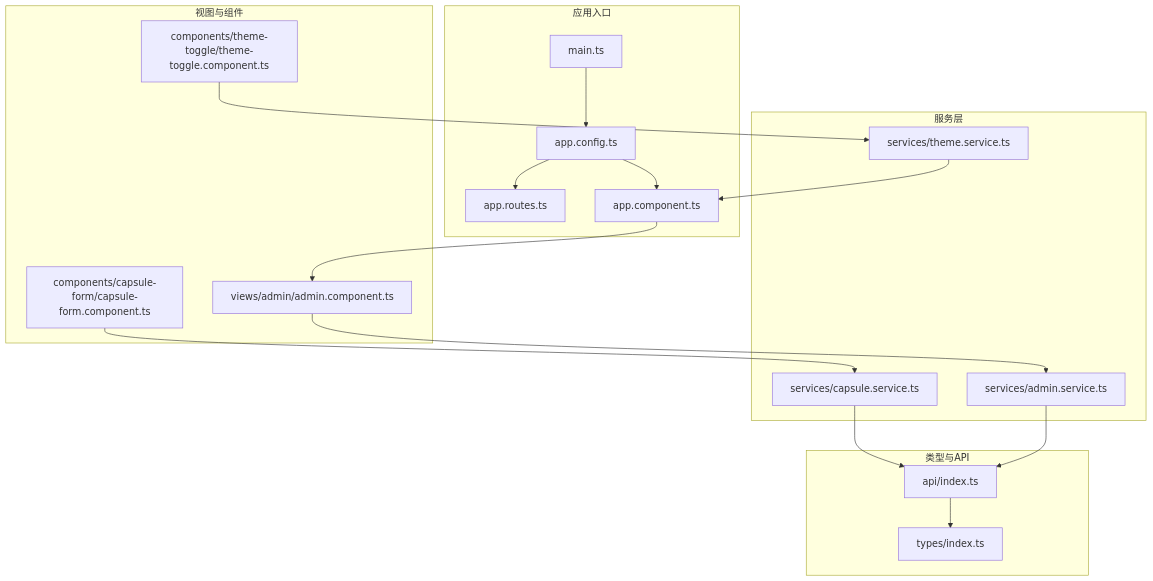
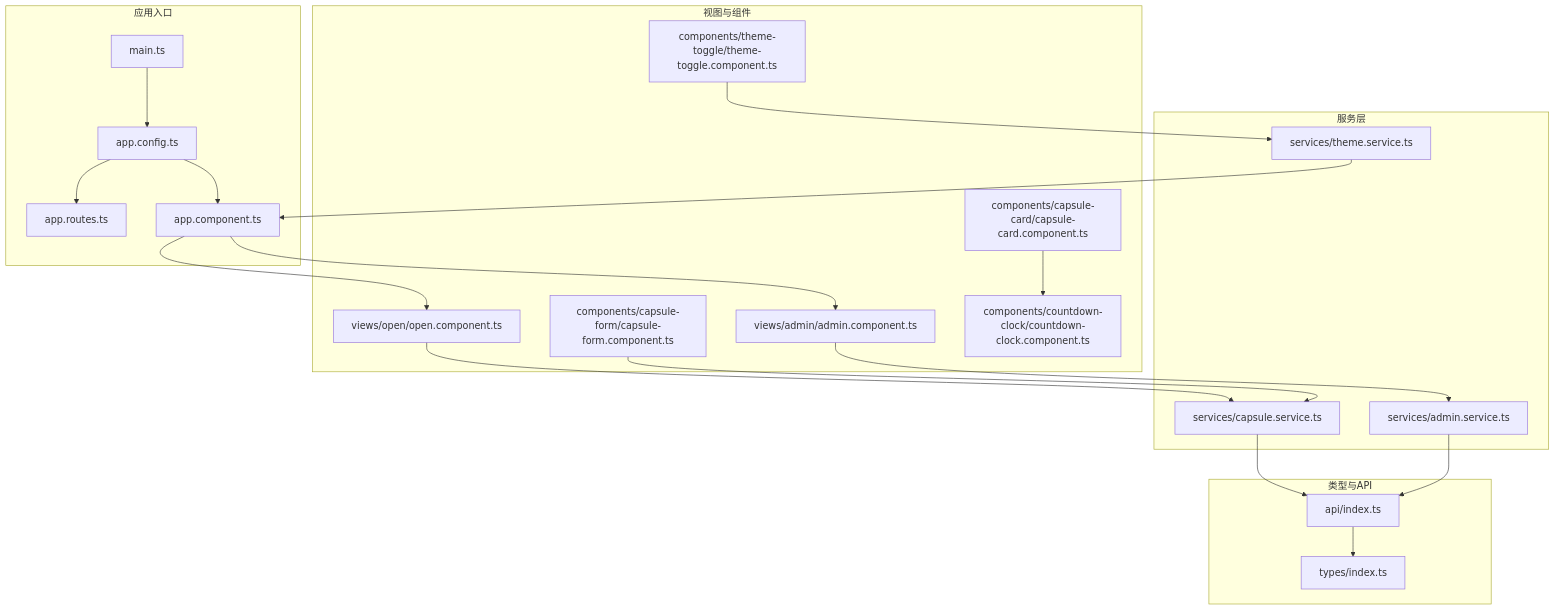
Before and after one commit to alexy2008/TimeCapsule: the first of 9 diagrams in .qoder/repowiki/zh/content/前端实现详解/Angular 实现/Angular 实现.md, drawn with Mermaid. The commit also changed other lines of this file and 22 other files, not shown here.

````diff
--- a/.qoder/repowiki/zh/content/前端实现详解/Angular 实现/Angular 实现.md
+++ b/.qoder/repowiki/zh/content/前端实现详解/Angular 实现/Angular 实现.md
@@ -39,34 +48,40 @@
 ```mermaid
 graph TB
 subgraph "应用入口"
 M["main.ts"]
 AC["app.config.ts"]
 AR["app.routes.ts"]
 ROOT["app.component.ts"]
 end
 subgraph "类型与API"
 T["types/index.ts"]
 API["api/index.ts"]
 end
 subgraph "服务层"
 S1["services/capsule.service.ts"]
 S2["services/admin.service.ts"]
 S3["services/theme.service.ts"]
 end
 subgraph "视图与组件"
 V1["views/admin/admin.component.ts"]
+V2["views/open/open.component.ts"]
 C1["components/capsule-form/capsule-form.component.ts"]
 C2["components/theme-toggle/theme-toggle.component.ts"]
+C3["components/countdown-clock/countdown-clock.component.ts"]
+C4["components/capsule-card/capsule-card.component.ts"]
 end
 M --> AC
 AC --> AR
 AC --> ROOT
 ROOT --> V1
+ROOT --> V2
 V1 --> S2
+V2 --> S1
 C1 --> S1
 C2 --> S3
+C4 --> C3
 S1 --> API
 S2 --> API
 S3 --> ROOT
 API --> T
 ```
````
